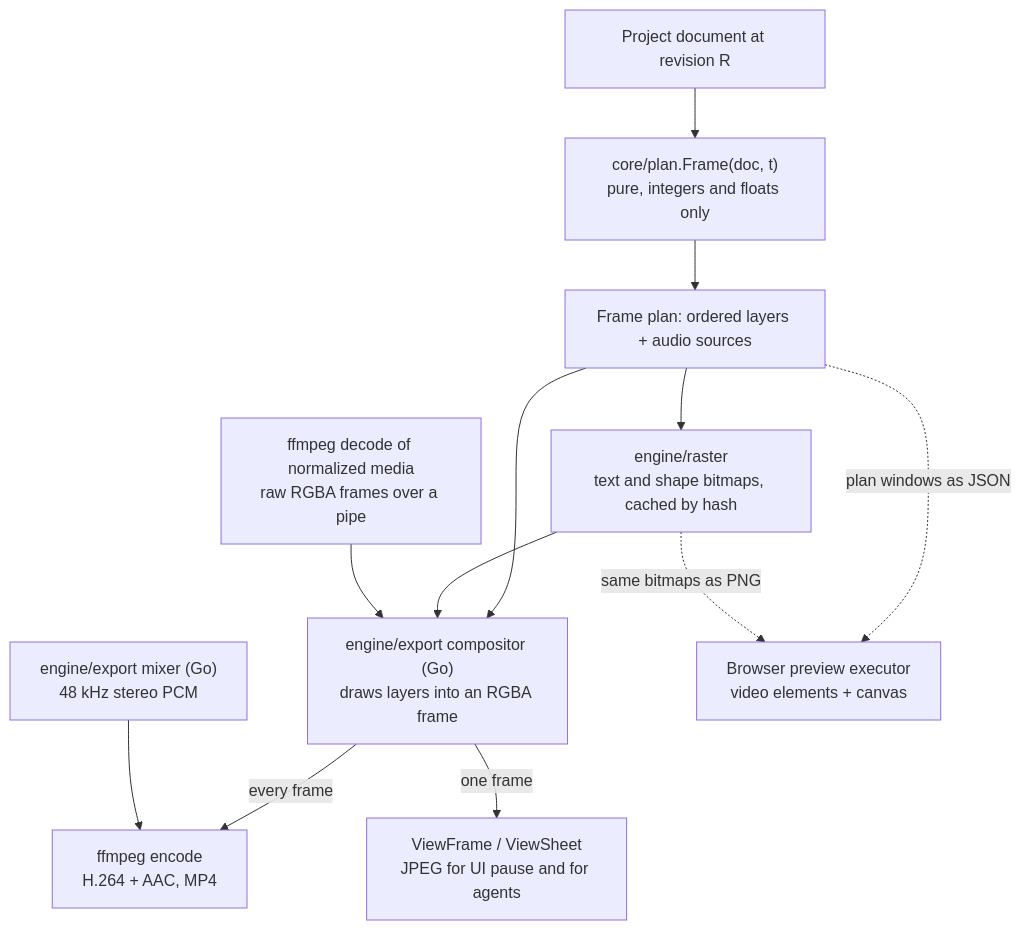
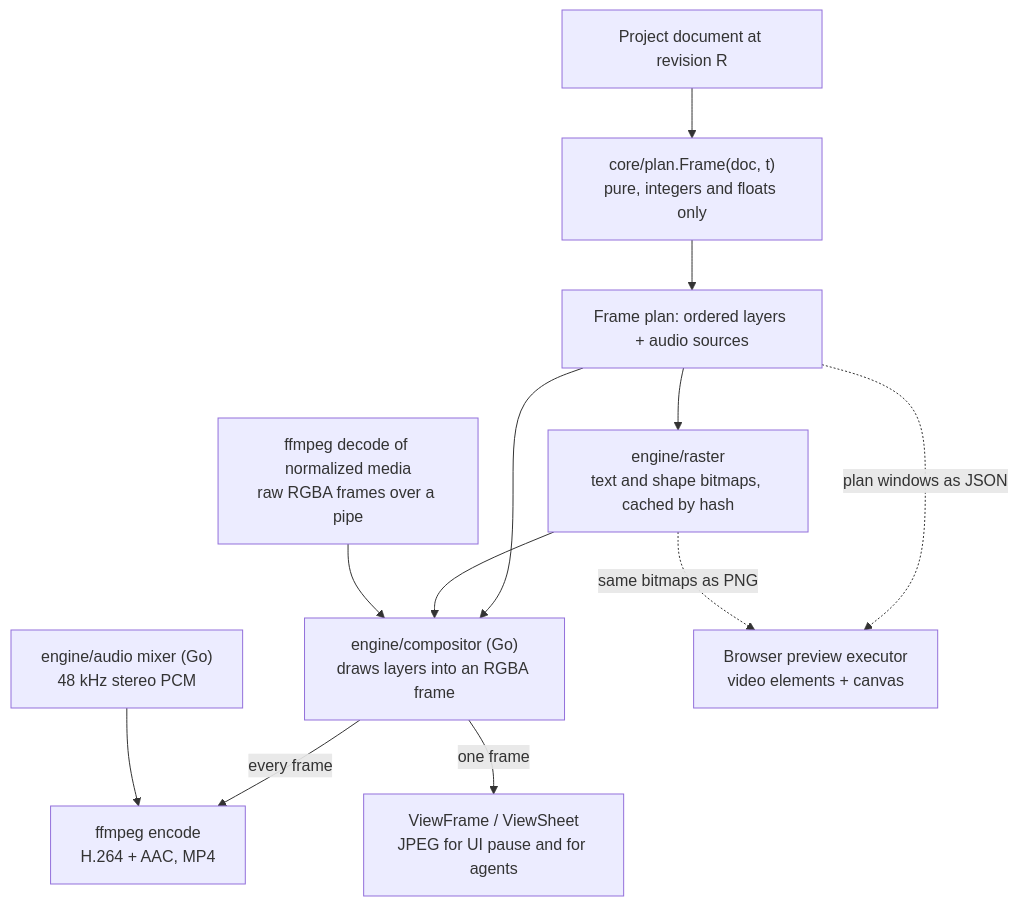
Before and after one commit to AlexGalhardo/stuarty: the diagram in docs/sdds/004-render-pipeline.md, drawn with Mermaid. The commit also changed other lines of this file and 1 other file, not shown here.

First line of the commit message:
docs(sdd): bring SDD-004 in line with the compositor, mixer and export

````diff
--- a/docs/sdds/004-render-pipeline.md
+++ b/docs/sdds/004-render-pipeline.md
@@ -26,14 +26,14 @@
 ```mermaid
 flowchart TB
   DOC[Project document at revision R] --> PLAN["core/plan.Frame(doc, t)<br/>pure, integers and floats only"]
   PLAN --> FP[Frame plan: ordered layers + audio sources]
   FP --> RAST["engine/raster<br/>text and shape bitmaps, cached by hash"]
-  FP --> COMP["engine/export compositor (Go)<br/>draws layers into an RGBA frame"]
+  FP --> COMP["engine/compositor (Go)<br/>draws layers into an RGBA frame"]
   RAST --> COMP
   DEC["ffmpeg decode of normalized media<br/>raw RGBA frames over a pipe"] --> COMP
   COMP -->|every frame| ENC["ffmpeg encode<br/>H.264 + AAC, MP4"]
   COMP -->|one frame| FRAME["ViewFrame / ViewSheet<br/>JPEG for UI pause and for agents"]
-  MIX["engine/export mixer (Go)<br/>48 kHz stereo PCM"] --> ENC
+  MIX["engine/audio mixer (Go)<br/>48 kHz stereo PCM"] --> ENC
   FP -. plan windows as JSON .-> PREV["Browser preview executor<br/>video elements + canvas"]
   RAST -. same bitmaps as PNG .-> PREV
 ```
````
